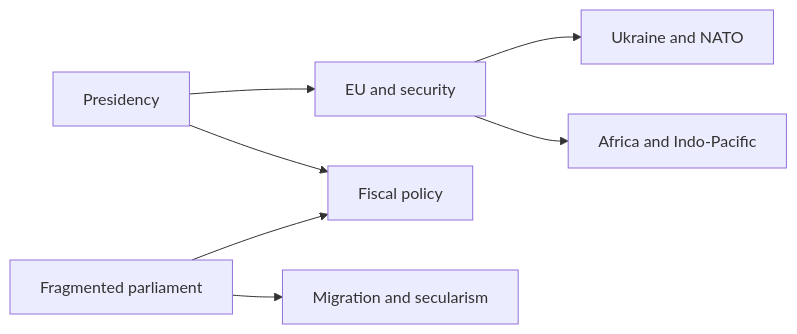
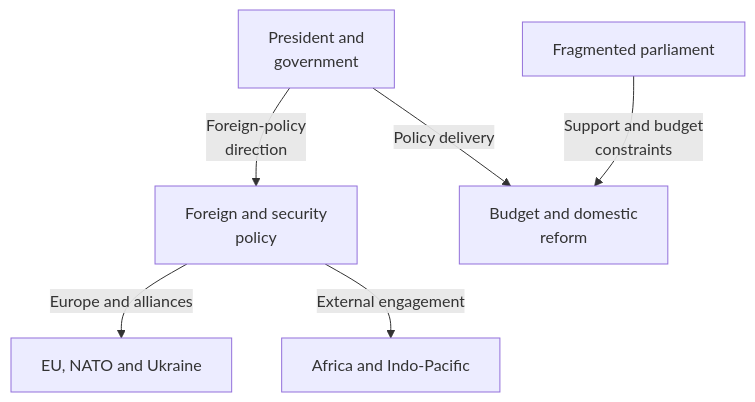
Before and after one commit to daylight55/research: the first of 2 diagrams in articles/report/france-geopolitical-profile/en/index.mdx, drawn with Mermaid. The commit also changed other lines of this file and 181 other files, not shown here.

First line of the commit message:
全記事の図解368点を再生成し、共通注意書きを削除 (#402)

````diff
--- a/articles/report/france-geopolitical-profile/en/index.mdx
+++ b/articles/report/france-geopolitical-profile/en/index.mdx
@@ -28,9 +28,16 @@
 ```mermaid
-flowchart LR
-  A["Presidency"] --> B["EU and security"]
-  A --> C["Fiscal policy"]
-  D["Fragmented parliament"] --> C
-  D --> E["Migration and secularism"]
-  B --> F["Ukraine and NATO"]
-  B --> G["Africa and Indo-Pacific"]
+flowchart TD
+  accTitle: France's presidential powers and parliamentary constraints
+  accDescr: Distinguish foreign and security policy discretion from budget and domestic reform constraints under a fragmented parliament.
+  N0["President and<br/>government"]
+  N1["Foreign and security<br/>policy"]
+  N2["Fragmented parliament"]
+  N3["Budget and domestic<br/>reform"]
+  N4["EU, NATO and Ukraine"]
+  N5["Africa and Indo-Pacific"]
+  N0 -->|Foreign-policy<br/>direction| N1
+  N0 -->|Policy delivery| N3
+  N2 -->|Support and budget<br/>constraints| N3
+  N1 -->|Europe and alliances| N4
+  N1 -->|External engagement| N5
 ```
````
